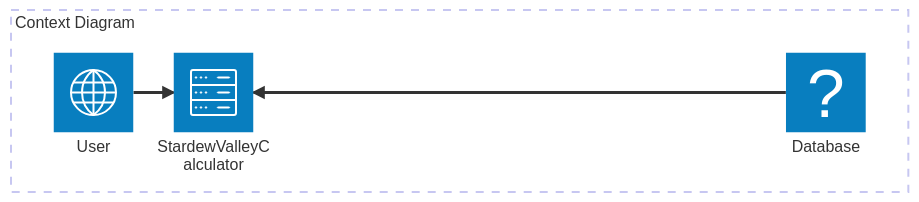
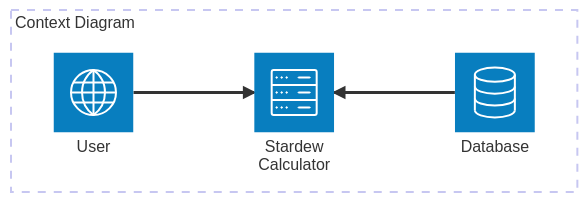
One commit to Uplink036/StardewCalculator changed the diagram in README.md. Above: the diagram before and after it, drawn with Mermaid. The commit also changed other lines of this file, not shown here.

Commit message:
Finialize context diagram*

````diff
--- a/README.md
+++ b/README.md
@@ -12,10 +8,10 @@
 ```mermaid
 architecture-beta
     group context[Context Diagram]
-    service database(DB)[Database] in context
+    service database(database)[Database] in context
     service user(internet)[User] in context
-    service stardew(server)[StardewValleyCalculator]
+    service stardew(server)[Stardew Calculator] in context
 
     user:R --> L:stardew
     database:L --> R:stardew
 ```
````
